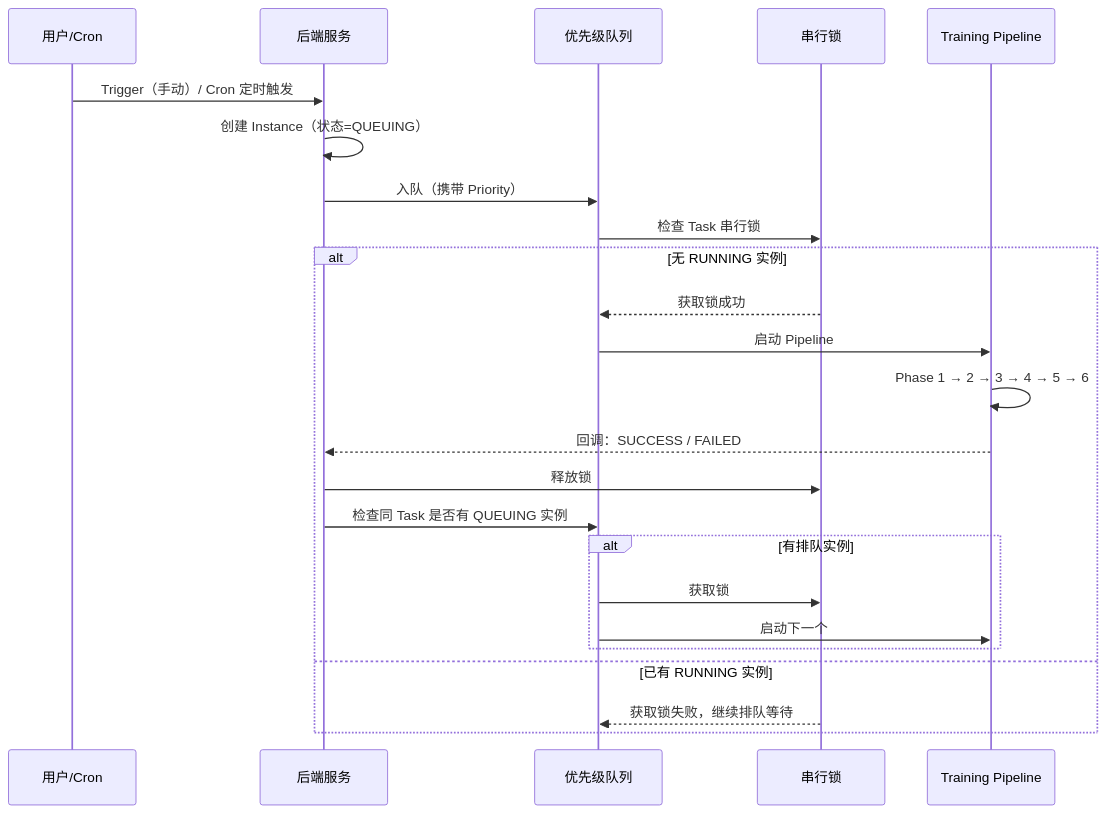
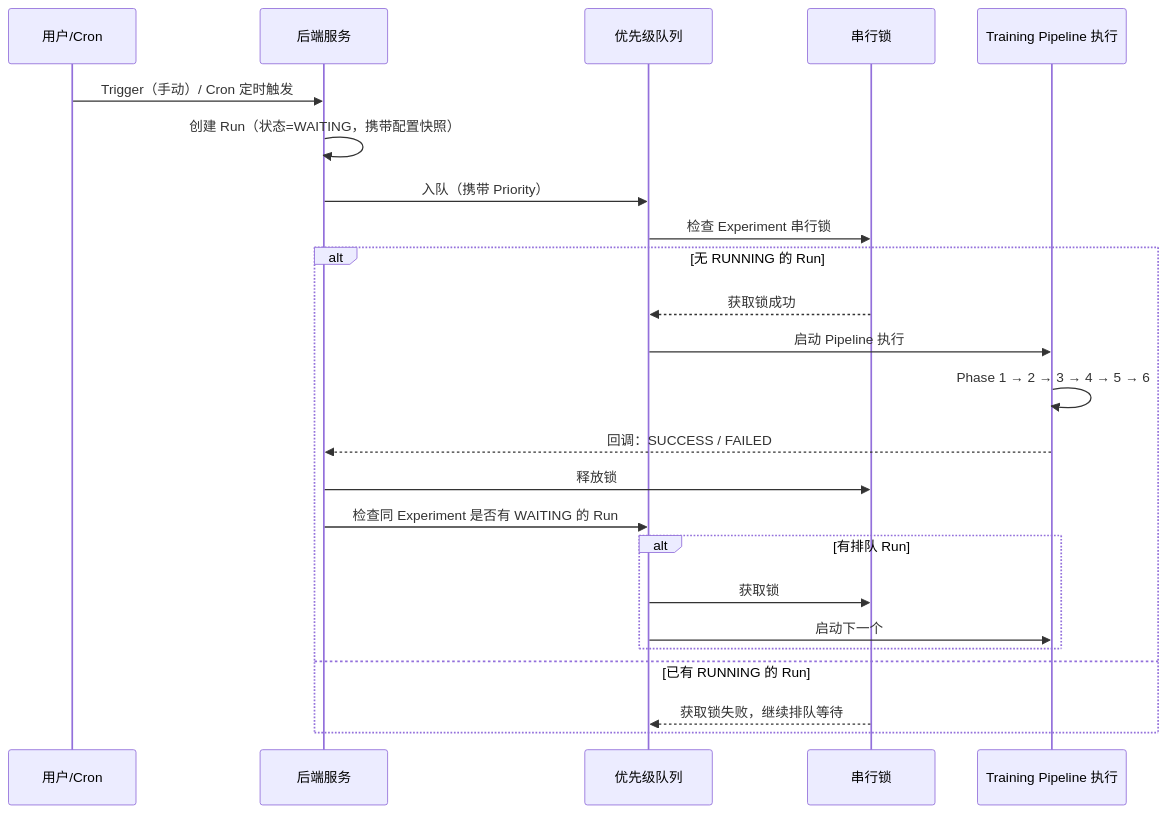
One commit to Cedric-Chan/ModelExperiment changed the fourth of 6 diagrams in docs/architecture/系统架构说明.md. Above: the diagram before and after it, drawn with Mermaid. The commit also changed other lines of this file and 92 other files, not shown here.

````diff
--- a/docs/architecture/系统架构说明.md
+++ b/docs/architecture/系统架构说明.md
@@ -393,27 +382,27 @@
 ```mermaid
 sequenceDiagram
     participant User as 用户/Cron
     participant BE as 后端服务
     participant Queue as 优先级队列
     participant Lock as 串行锁
-    participant Pipeline as Training Pipeline
+    participant Exec as Training Pipeline 执行
 
     User->>BE: Trigger（手动）/ Cron 定时触发
-    BE->>BE: 创建 Instance（状态=QUEUING）
+    BE->>BE: 创建 Run（状态=WAITING，携带配置快照）
     BE->>Queue: 入队（携带 Priority）
-    Queue->>Lock: 检查 Task 串行锁
-    alt 无 RUNNING 实例
+    Queue->>Lock: 检查 Experiment 串行锁
+    alt 无 RUNNING 的 Run
         Lock-->>Queue: 获取锁成功
-        Queue->>Pipeline: 启动 Pipeline
-        Pipeline->>Pipeline: Phase 1 → 2 → 3 → 4 → 5 → 6
-        Pipeline-->>BE: 回调：SUCCESS / FAILED
+        Queue->>Exec: 启动 Pipeline 执行
+        Exec->>Exec: Phase 1 → 2 → 3 → 4 → 5 → 6
+        Exec-->>BE: 回调：SUCCESS / FAILED
         BE->>Lock: 释放锁
-        BE->>Queue: 检查同 Task 是否有 QUEUING 实例
-        alt 有排队实例
+        BE->>Queue: 检查同 Experiment 是否有 WAITING 的 Run
+        alt 有排队 Run
             Queue->>Lock: 获取锁
-            Queue->>Pipeline: 启动下一个
+            Queue->>Exec: 启动下一个
         end
-    else 已有 RUNNING 实例
+    else 已有 RUNNING 的 Run
         Lock-->>Queue: 获取锁失败，继续排队等待
     end
 ```
````
